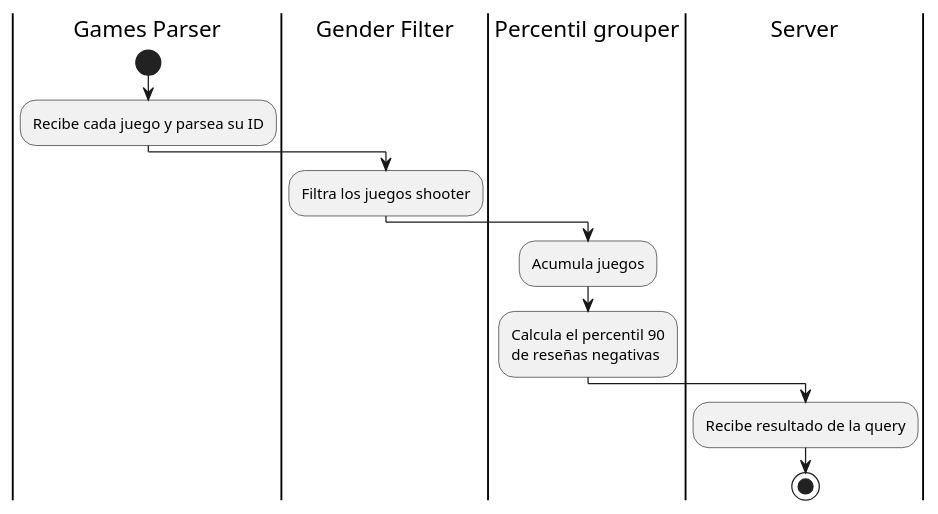
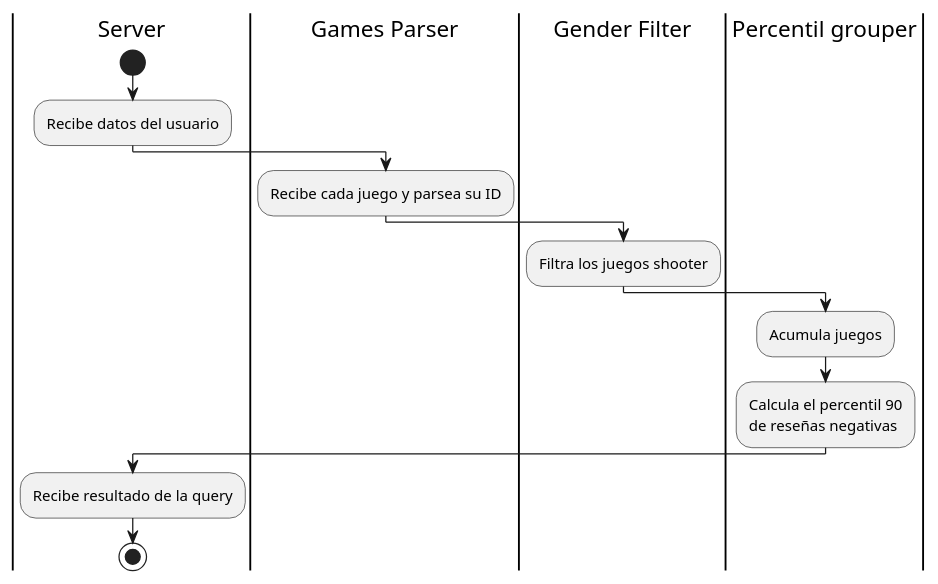
Before and after one commit to AbrahamOsco/TP1-Distribuidos: the diagram in diagrams/activity/query5.puml, drawn with PlantUML. The commit also changed 4 other files, not shown here.

Commit message:
feat: updated activity diagrams

```diff
--- a/diagrams/activity/query5.puml
+++ b/diagrams/activity/query5.puml
@@ -1,13 +1,15 @@
 @startuml
+   |Server|
+start
+:Recibe datos del usuario;
    |Games Parser|
-start
    :Recibe cada juego y parsea su ID;
    |Gender Filter|
    :Filtra los juegos shooter;
    |Percentil grouper|
    :Acumula juegos;
 :Calcula el percentil 90\nde reseñas negativas;
    |Server|
    :Recibe resultado de la query;
 stop
 @enduml
```
